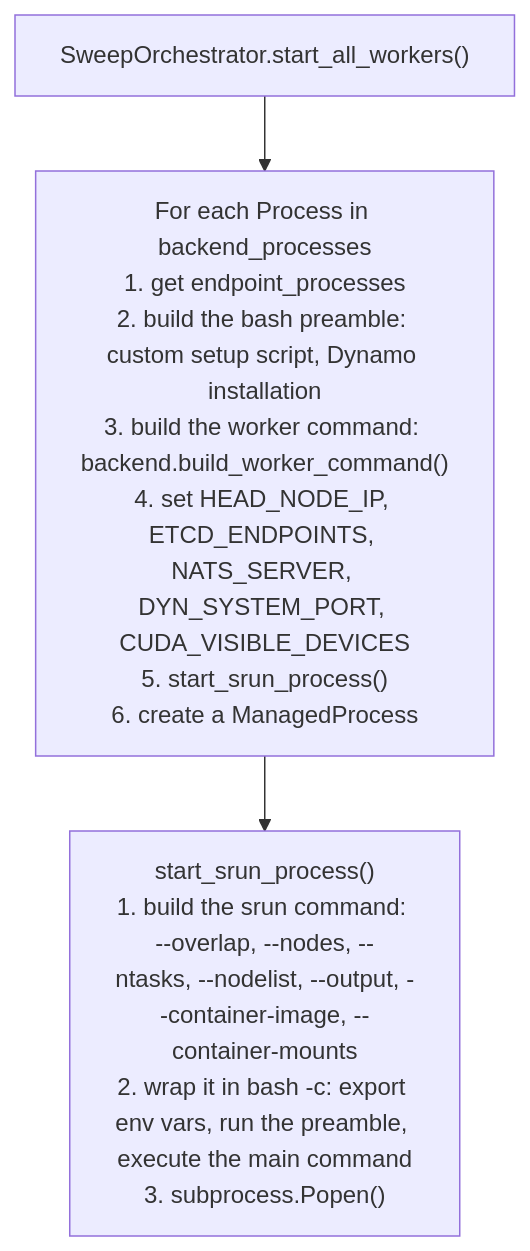
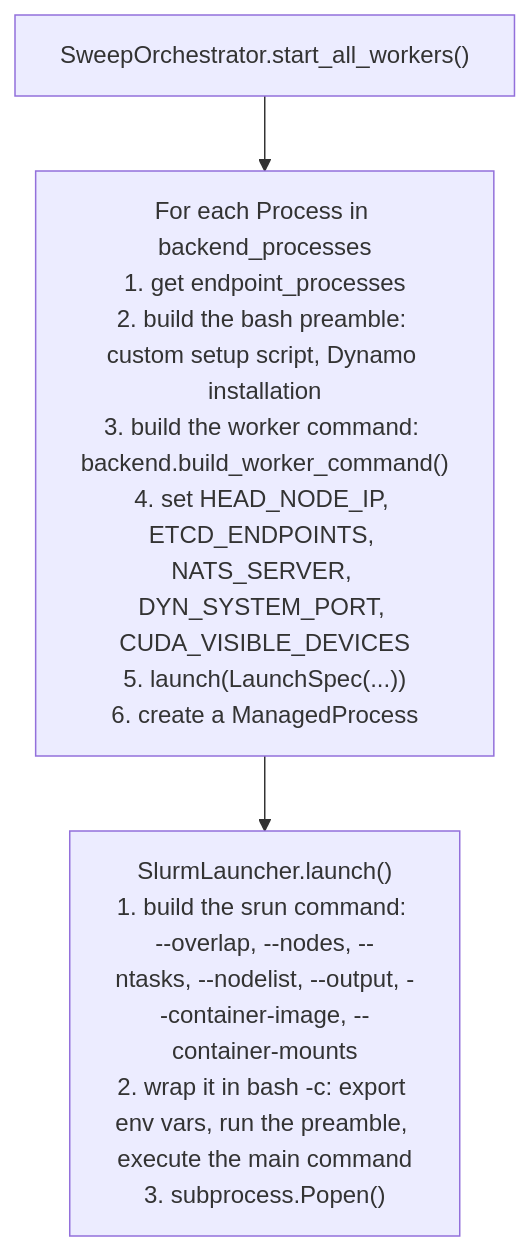
Before and after one commit to SemiAnalysisAI/srt-slurm: the sixth of 11 diagrams in docs/architecture.md, drawn with Mermaid. The commit also changed other lines of this file and 74 other files, not shown here.

First line of the commit message:
refactor: launch through LaunchSpec and move SlurmLauncher into slurm.py

````diff
--- a/docs/architecture.md
+++ b/docs/architecture.md
@@ -497,6 +497,6 @@
 ```mermaid
 flowchart TD
     start["SweepOrchestrator.start_all_workers()"] --> each
-    each["For each Process in backend_processes<br/>1. get endpoint_processes<br/>2. build the bash preamble: custom setup script, Dynamo installation<br/>3. build the worker command: backend.build_worker_command()<br/>4. set HEAD_NODE_IP, ETCD_ENDPOINTS, NATS_SERVER, DYN_SYSTEM_PORT, CUDA_VISIBLE_DEVICES<br/>5. start_srun_process()<br/>6. create a ManagedProcess"] --> srun
-    srun["start_srun_process()<br/>1. build the srun command: --overlap, --nodes, --ntasks, --nodelist, --output, --container-image, --container-mounts<br/>2. wrap it in bash -c: export env vars, run the preamble, execute the main command<br/>3. subprocess.Popen()"]
+    each["For each Process in backend_processes<br/>1. get endpoint_processes<br/>2. build the bash preamble: custom setup script, Dynamo installation<br/>3. build the worker command: backend.build_worker_command()<br/>4. set HEAD_NODE_IP, ETCD_ENDPOINTS, NATS_SERVER, DYN_SYSTEM_PORT, CUDA_VISIBLE_DEVICES<br/>5. launch(LaunchSpec(...))<br/>6. create a ManagedProcess"] --> srun
+    srun["SlurmLauncher.launch()<br/>1. build the srun command: --overlap, --nodes, --ntasks, --nodelist, --output, --container-image, --container-mounts<br/>2. wrap it in bash -c: export env vars, run the preamble, execute the main command<br/>3. subprocess.Popen()"]
 ```
````
